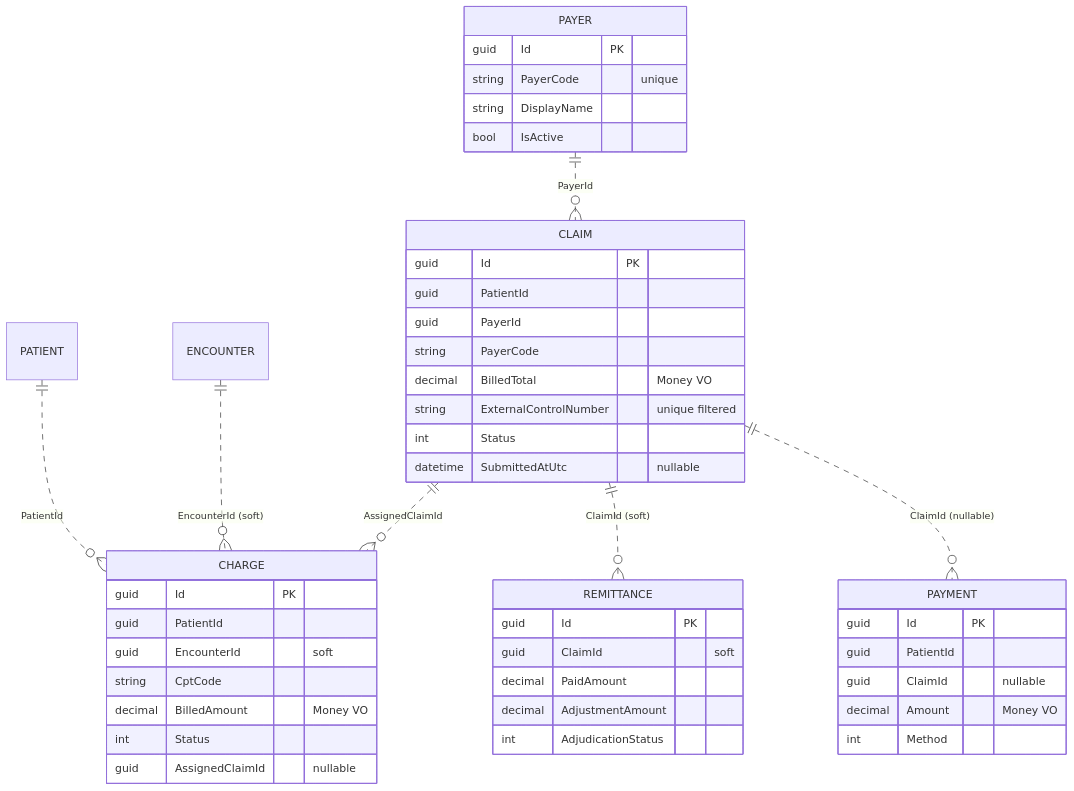
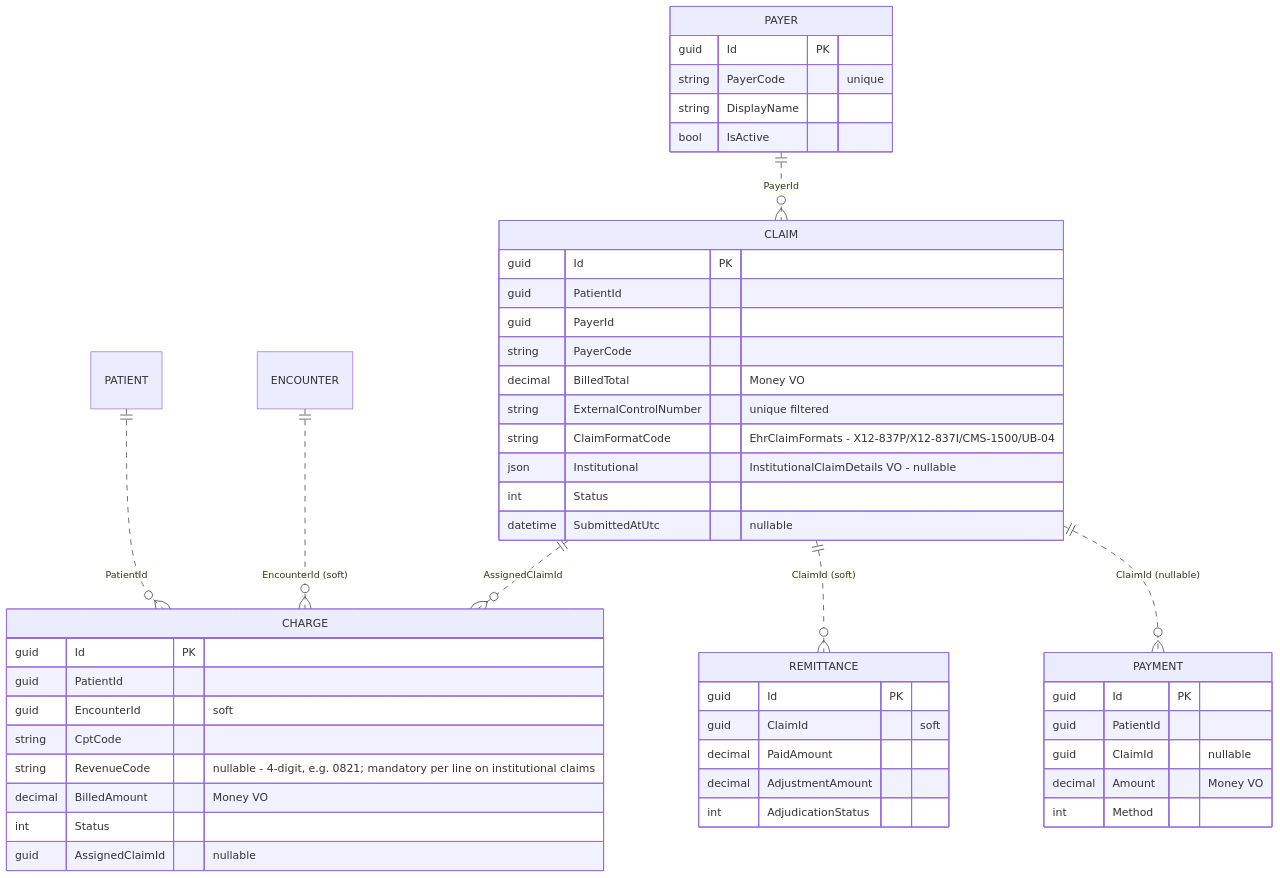
One commit to Ahmed-Shehzad/Dialysis changed the fourth of 6 diagrams in src/backend/EHR/ARCHITECTURE.md. Above: the diagram before and after it, drawn with Mermaid. The commit also changed other lines of this file and 21 other files, not shown here.

First line of the commit message:
docs: full documentation realignment to HEAD + comprehensive diagram suite (#232)

````diff
--- a/src/backend/EHR/ARCHITECTURE.md
+++ b/src/backend/EHR/ARCHITECTURE.md
@@ -184,49 +228,52 @@
 ```mermaid
 erDiagram
     PATIENT ||..o{ CHARGE : "PatientId"
     ENCOUNTER ||..o{ CHARGE : "EncounterId (soft)"
     CLAIM ||..o{ CHARGE : "AssignedClaimId"
     PAYER ||..o{ CLAIM : "PayerId"
     CLAIM ||..o{ REMITTANCE : "ClaimId (soft)"
     CLAIM ||..o{ PAYMENT : "ClaimId (nullable)"
 
     CHARGE {
         guid Id PK
         guid PatientId
         guid EncounterId "soft"
         string CptCode
+        string RevenueCode "nullable - 4-digit, e.g. 0821; mandatory per line on institutional claims"
         decimal BilledAmount "Money VO"
         int Status
         guid AssignedClaimId "nullable"
     }
     CLAIM {
         guid Id PK
         guid PatientId
         guid PayerId
         string PayerCode
         decimal BilledTotal "Money VO"
         string ExternalControlNumber "unique filtered"
+        string ClaimFormatCode "EhrClaimFormats - X12-837P/X12-837I/CMS-1500/UB-04"
+        json Institutional "InstitutionalClaimDetails VO - nullable"
         int Status
         datetime SubmittedAtUtc "nullable"
     }
     PAYER {
         guid Id PK
         string PayerCode "unique"
         string DisplayName
         bool IsActive
     }
     REMITTANCE {
         guid Id PK
         guid ClaimId "soft"
         decimal PaidAmount
         decimal AdjustmentAmount
         int AdjudicationStatus
     }
     PAYMENT {
         guid Id PK
         guid PatientId
         guid ClaimId "nullable"
         decimal Amount "Money VO"
         int Method
     }
 ```
````
